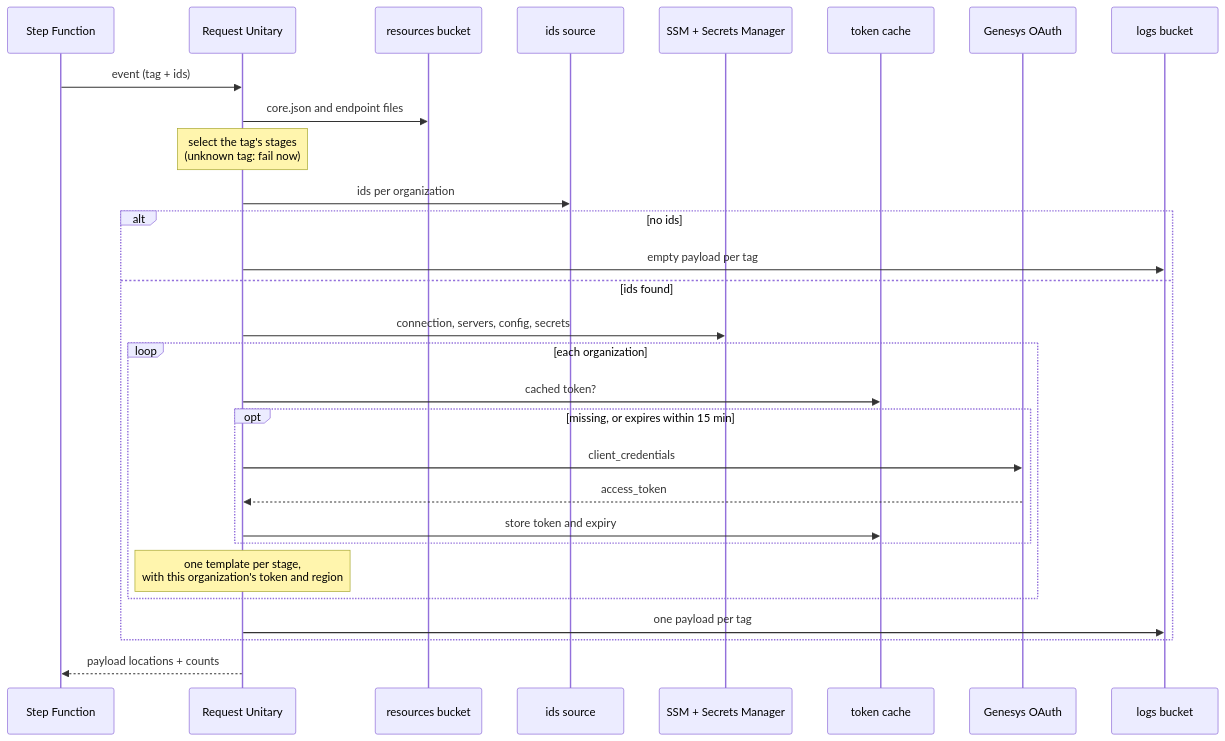
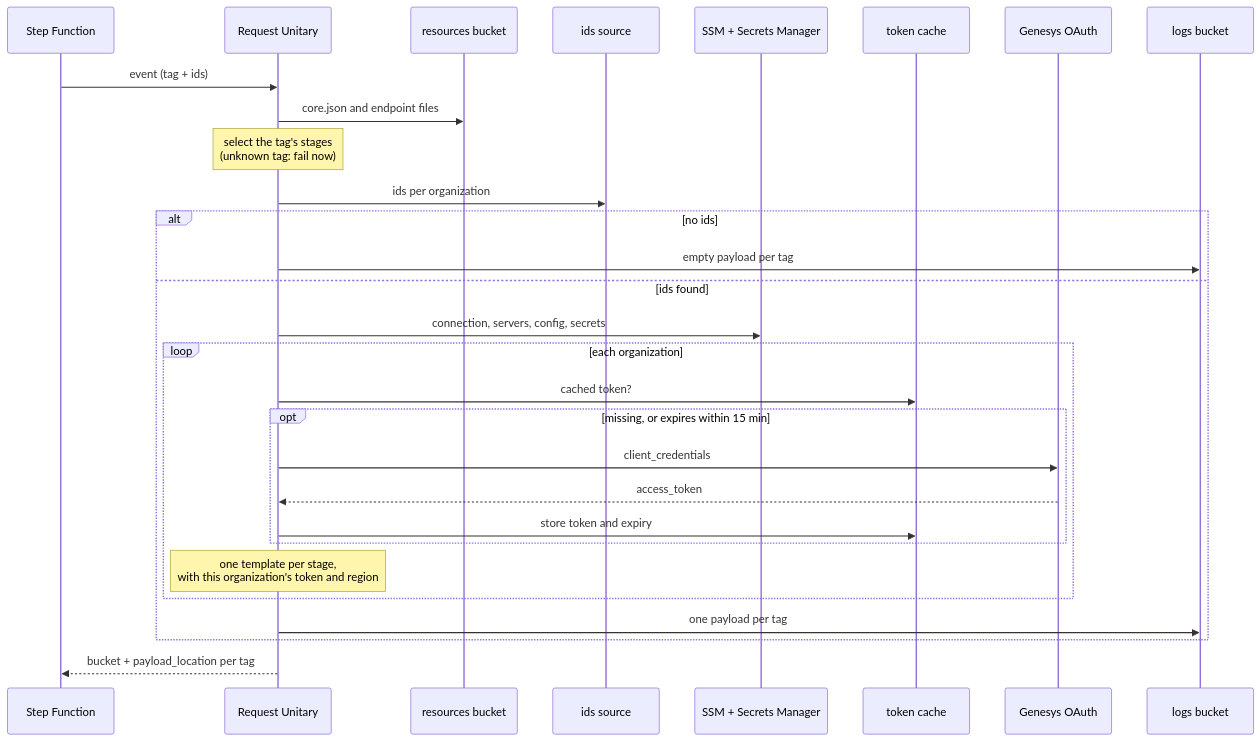
One commit to DominusChaos1789/genesys-unitary-dispatcher changed the second of 5 diagrams in docs/how-it-works.md. Above: the diagram before and after it, drawn with Mermaid. The commit also changed other lines of this file and 9 other files, not shown here.

````diff
--- a/docs/how-it-works.md
+++ b/docs/how-it-works.md
@@ -80,32 +80,32 @@
 ```mermaid
 sequenceDiagram
     participant SFN as Step Function
     participant RU as Request Unitary
     participant RES as resources bucket
     participant SRC as ids source
     participant SSM as SSM + Secrets Manager
     participant DDB as token cache
     participant OAUTH as Genesys OAuth
     participant LOGS as logs bucket
 
     SFN->>RU: event (tag + ids)
     RU->>RES: core.json and endpoint files
     Note over RU: select the tag's stages<br/>(unknown tag: fail now)
     RU->>SRC: ids per organization
     alt no ids
         RU->>LOGS: empty payload per tag
     else ids found
         RU->>SSM: connection, servers, config, secrets
         loop each organization
             RU->>DDB: cached token?
             opt missing, or expires within 15 min
                 RU->>OAUTH: client_credentials
                 OAUTH-->>RU: access_token
                 RU->>DDB: store token and expiry
             end
             Note over RU: one template per stage,<br/>with this organization's token and region
         end
         RU->>LOGS: one payload per tag
     end
-    RU-->>SFN: payload locations + counts
+    RU-->>SFN: bucket + payload_location per tag
 ```
````
